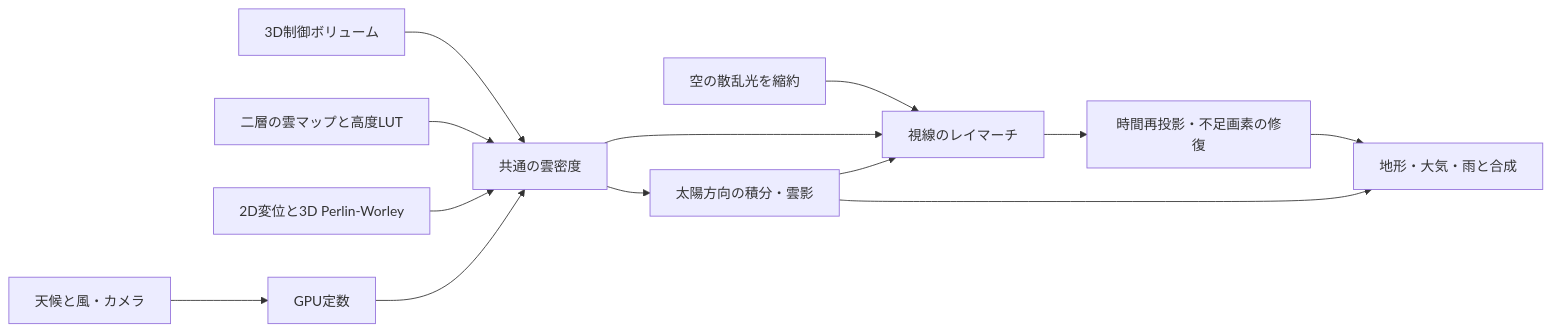
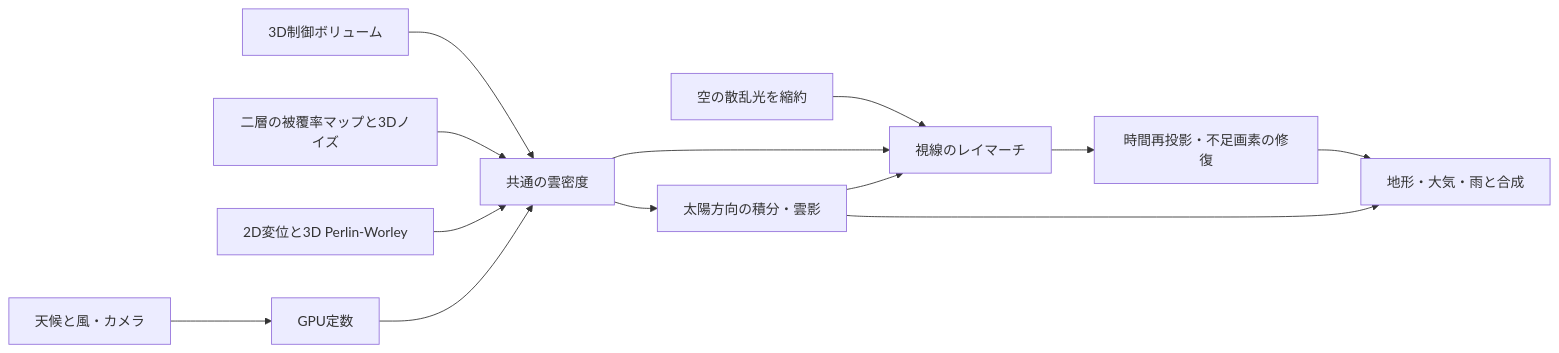
One commit to slringal2/CirrusEngine-Public changed the diagram in docs/implementation-guide.md. Above: the diagram before and after it, drawn with Mermaid. The commit also changed other lines of this file and 5 other files, not shown here.

````diff
--- a/docs/implementation-guide.md
+++ b/docs/implementation-guide.md
@@ -5,15 +5,15 @@
 ```mermaid
 flowchart LR
     A[天候と風・カメラ] --> B[GPU定数]
     C[3D制御ボリューム] --> D[共通の雲密度]
-    M[二層の雲マップと高度LUT] --> D
+    M[二層の被覆率マップと3Dノイズ] --> D
     N[2D変位と3D Perlin-Worley] --> D
     K[空の散乱光を縮約] --> E
     B --> D
     D --> E[視線のレイマーチ]
     D --> S[太陽方向の積分・雲影]
     S --> E
     E --> T[時間再投影・不足画素の修復]
     T --> F[地形・大気・雨と合成]
     S --> F
 ```
````
